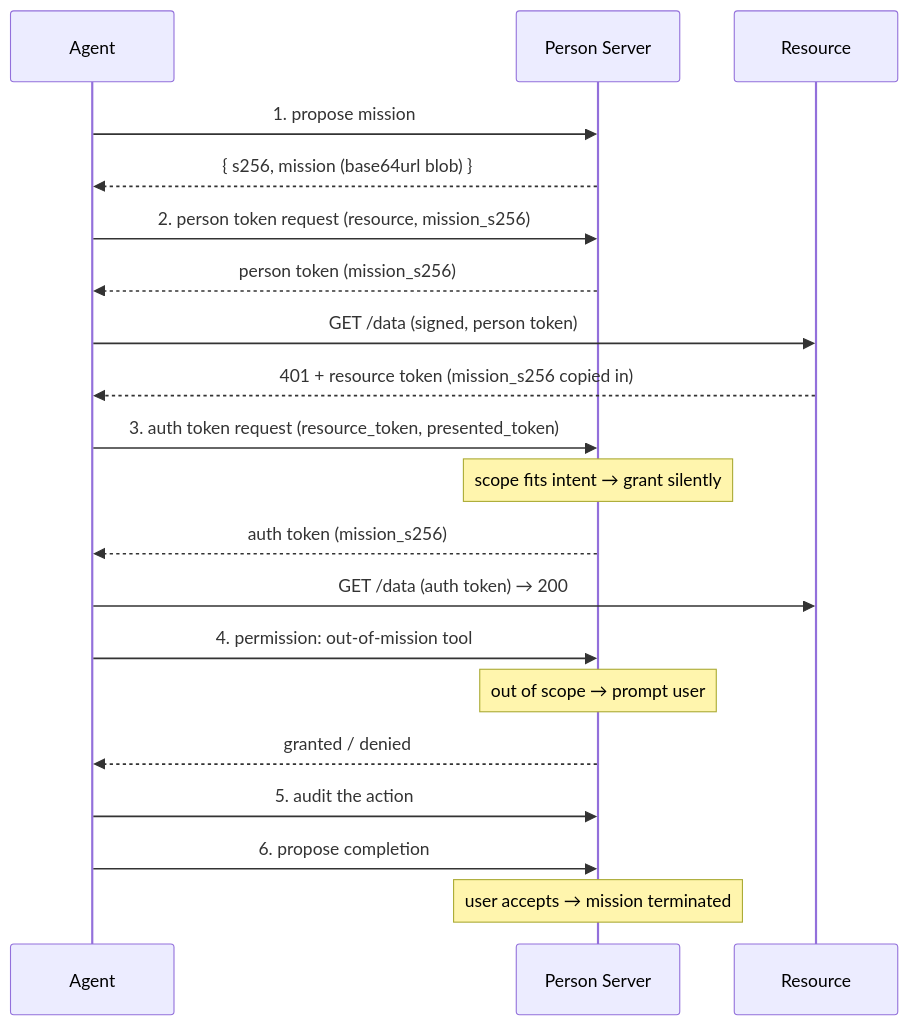
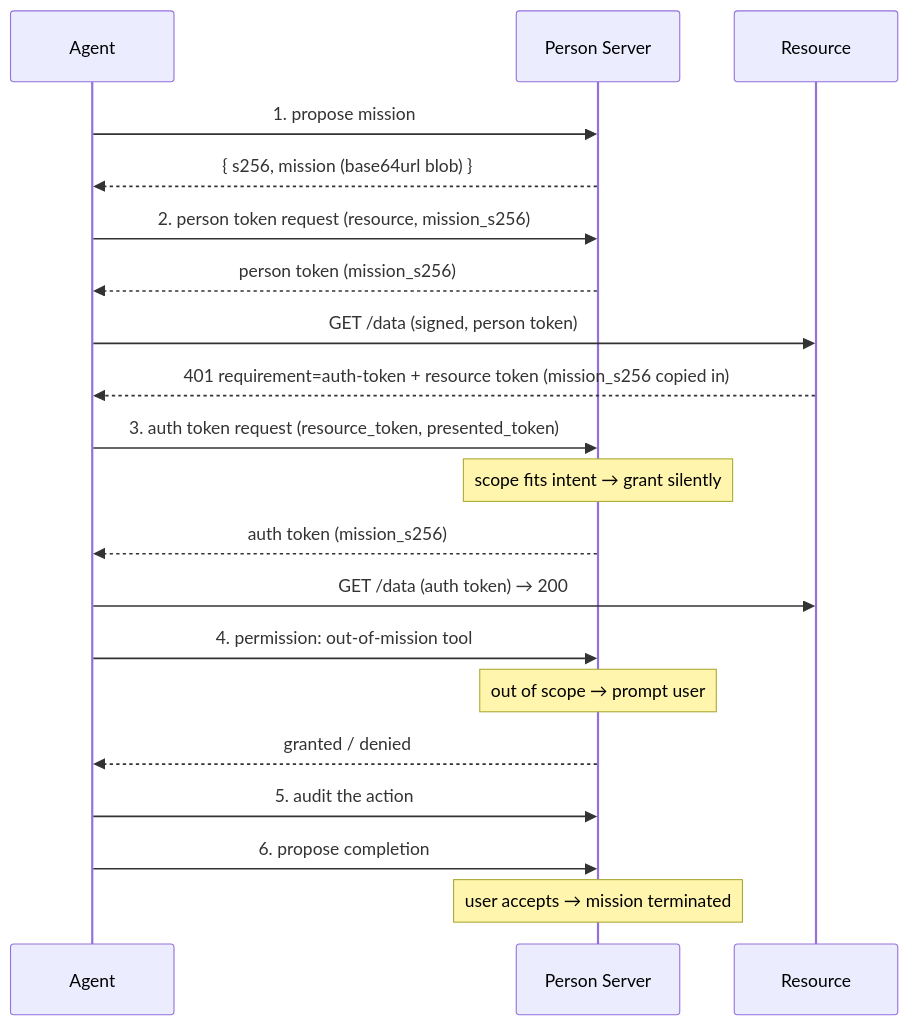
The diagram in docs/workflows/mission-governed-access.md (aauth-dev/dotnet-samples), drawn with Mermaid before and after one commit. The commit also changed other lines of this file and 73 other files, not shown here.

````diff
--- a/docs/workflows/mission-governed-access.md
+++ b/docs/workflows/mission-governed-access.md
@@ -24,26 +24,26 @@
 ```mermaid
 sequenceDiagram
     participant Agent
     participant PS as Person Server
     participant Resource
 
     Agent->>PS: 1. propose mission
     PS-->>Agent: { s256, mission (base64url blob) }
 
     Agent->>PS: 2. person token request (resource, mission_s256)
     PS-->>Agent: person token (mission_s256)
     Agent->>Resource: GET /data (signed, person token)
-    Resource-->>Agent: 401 + resource token (mission_s256 copied in)
+    Resource-->>Agent: 401 requirement=auth-token + resource token (mission_s256 copied in)
     Agent->>PS: 3. auth token request (resource_token, presented_token)
     Note over PS: scope fits intent → grant silently
     PS-->>Agent: auth token (mission_s256)
     Agent->>Resource: GET /data (auth token) → 200
 
     Agent->>PS: 4. permission: out-of-mission tool
     Note over PS: out of scope → prompt user
     PS-->>Agent: granted / denied
 
     Agent->>PS: 5. audit the action
     Agent->>PS: 6. propose completion
     Note over PS: user accepts → mission terminated
 ```
````
